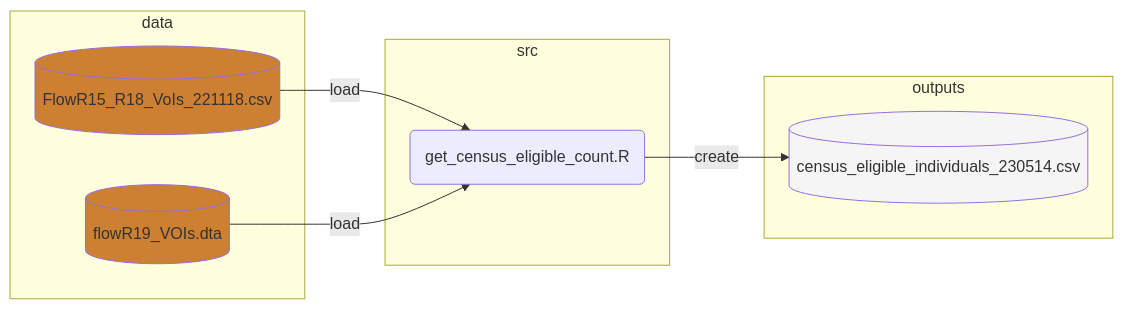
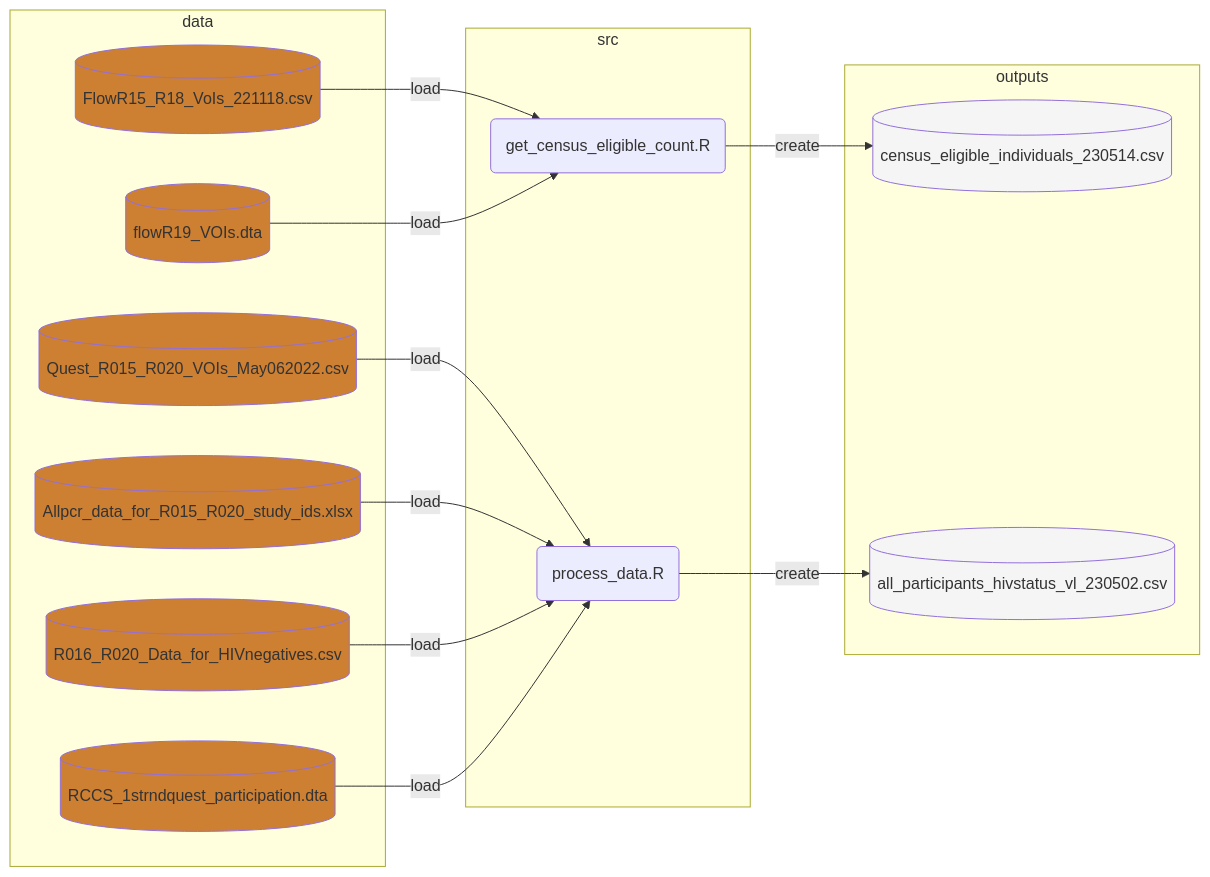
The diagram in docs/README.md (MLGlobalHealth/longi_viral_loads), drawn with Mermaid before and after one commit. The commit also changed 3 other files, not shown here.

````diff
--- a/docs/README.md
+++ b/docs/README.md
@@ -5,23 +5,45 @@
 ```mermaid
 flowchart LR 
 	subgraph data
-		d1[(FlowR15_R18_VoIs_221118.csv)]
-		d2[(flowR19_VOIs.dta)]
+		d11[(FlowR15_R18_VoIs_221118.csv)]
+		d12[(flowR19_VOIs.dta)]
+ 
+        d21[(Quest_R015_R020_VOIs_May062022.csv)]
+        d22[(Allpcr_data_for_R015_R020_study_ids.xlsx)]
+        d23[(R016_R020_Data_for_HIVnegatives.csv)]
+        d24[(RCCS_1strndquest_participation.dta)]
+
+
 	end 
-	style d1 fill:#CD7F32
-	style d2 fill:#CD7F32
+	style d11 fill:#CD7F32
+	style d12 fill:#CD7F32
+	style d21 fill:#CD7F32
+	style d22 fill:#CD7F32
+	style d23 fill:#CD7F32
+	style d24 fill:#CD7F32
 	
 	subgraph src
 		s1(get_census_eligible_count.R)
+        s2(process_data.R)
 	end
 	
 	subgraph outputs
-		o1[(census_eligible_individuals_230514.csv)]
-		style o1 fill:#FFD700
-		style o1 fill:#F5F5F5
+		o11[(census_eligible_individuals_230514.csv)]
+        o21[(all_participants_hivstatus_vl_230502.csv)]
+
+		style o11 fill:#F5F5F5
+		style o21 fill:#F5F5F5
 	end
 	
-	d1 -- load --> s1
-	d2 -- load --> s1
-	s1 -- create --> o1
+	d11 -- load --> s1
+	d12 -- load --> s1
+	s1 -- create --> o11
+  
+	d21 -- load --> s2
+	d22 -- load --> s2
+	d23 -- load --> s2
+	d24 -- load --> s2
+	s2 -- create --> o21
+
+
 ```
````
